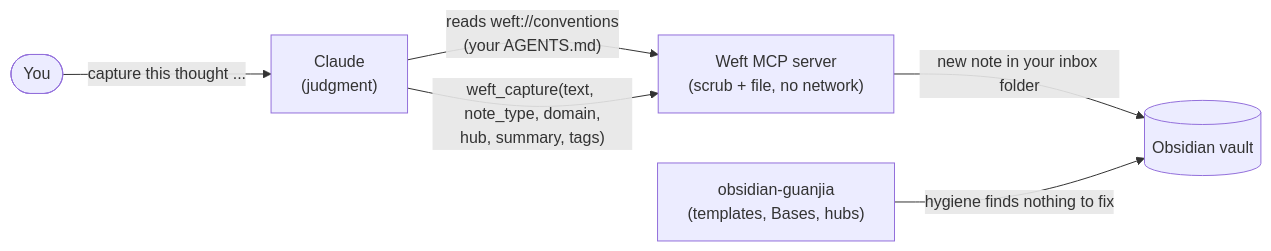
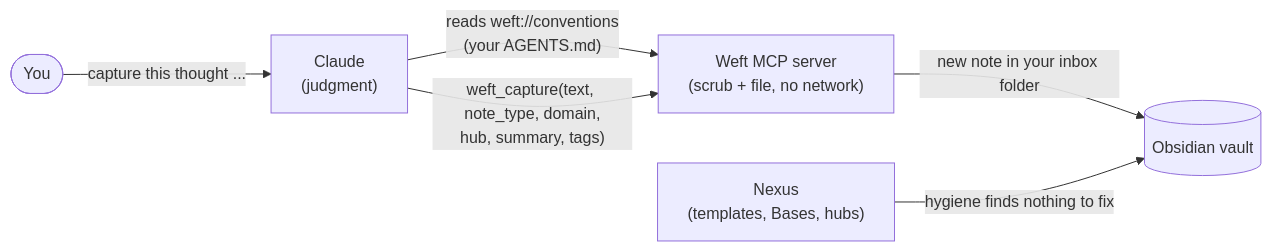
Before and after one commit to LuckyP86H/Weft: the diagram in README.md, drawn with Mermaid. The commit also changed other lines of this file and 1 other file, not shown here.

Commit message:
Docs: call the companion Obsidian plugin by its current name, Nexus
The plugin this PR's docs describe as 'obsidian-guanjia' was renamed
to Nexus (nexus-notes) by its author; every mention of the old name
was introduced by this PR (main has none). Update the README section
and diagram and the WEFT.md §12 table so the docs name the plugin
users actually install, keeping the Nexus interop contract — Weft's
frontmatter shape and normalized [[wikilinks]] — unchanged.

````diff
--- a/README.md
+++ b/README.md
@@ -49,8 +49,8 @@
 ```mermaid
 flowchart LR
     you([You]) -->|"capture this thought ..."| claude["Claude<br/>(judgment)"]
     claude -->|"reads weft://conventions<br/>(your AGENTS.md)"| weft
     claude -->|"weft_capture(text, note_type, domain,<br/>hub, summary, tags)"| weft["Weft MCP server<br/>(scrub + file, no network)"]
     weft -->|"new note in your inbox folder"| vault[("Obsidian vault")]
-    guanjia["obsidian-guanjia<br/>(templates, Bases, hubs)"] -->|"hygiene finds nothing to fix"| vault
+    nexus["Nexus<br/>(templates, Bases, hubs)"] -->|"hygiene finds nothing to fix"| vault
 ```
````
